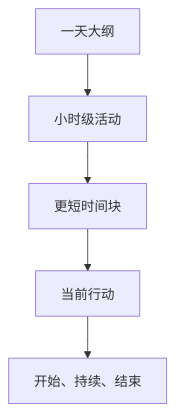
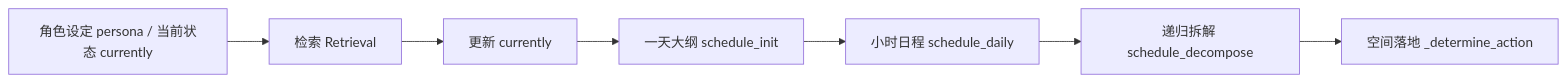
The sixth of 6 diagrams in docs/book/manuscript/part_01/chapter_08.md (tbkken/GenerativeAgentsCN), drawn with Mermaid before and after one commit. The commit also changed other lines of this file and 16 other files, not shown here.

````diff
--- a/docs/book/manuscript/part_01/chapter_08.md
+++ b/docs/book/manuscript/part_01/chapter_08.md
@@ -216,7 +1147,9 @@
 ```mermaid
-flowchart TD
-    Day["一天大纲"] --> Hour["小时级活动"]
-    Hour --> Block["更短时间块"]
-    Block --> Action["当前行动"]
-    Action --> Duration["开始、持续、结束"]
+flowchart LR
+    Persona["角色设定 persona / 当前状态 currently"] --> Retrieve["检索 Retrieval"]
+    Retrieve --> Current["更新 currently"]
+    Current --> Init["一天大纲 schedule_init"]
+    Init --> Daily["小时日程 schedule_daily"]
+    Daily --> Decompose["递归拆解 schedule_decompose"]
+    Decompose --> Action["空间落地 _determine_action"]
 ```
````
